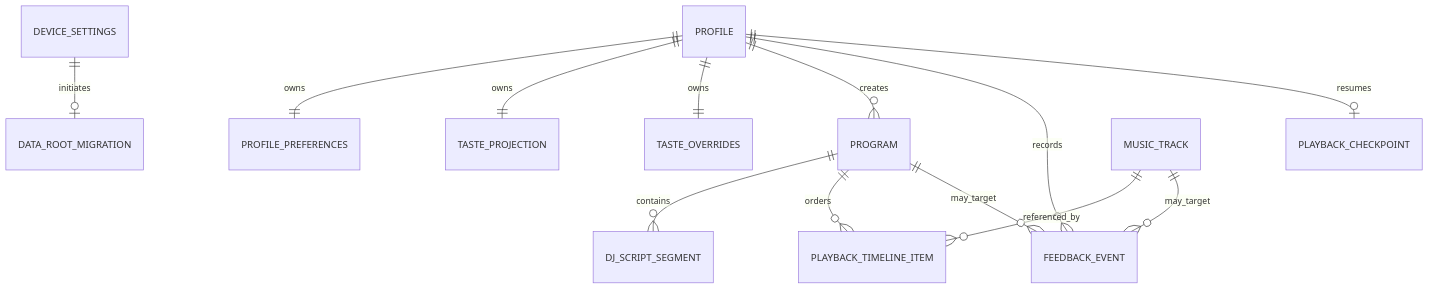
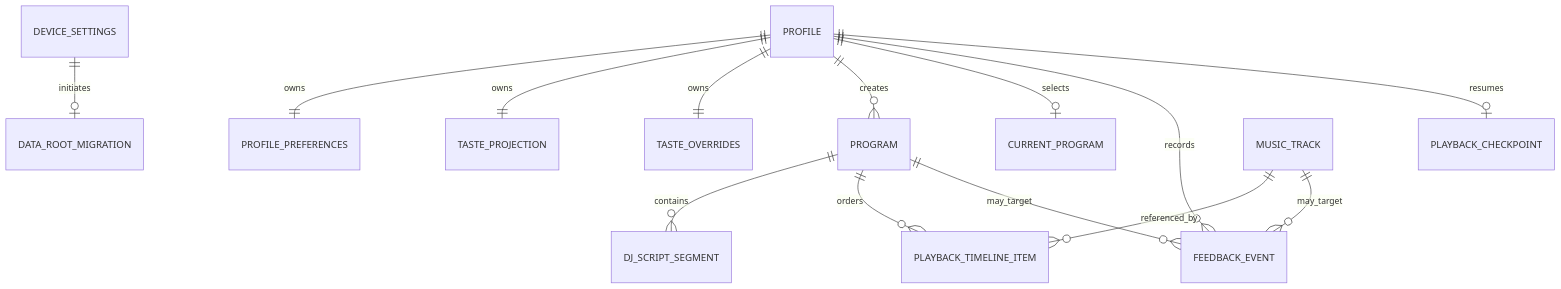
Before and after one commit to komochi007/koradio: the sixth of 8 diagrams in architecture.md, drawn with Mermaid. The commit also changed other lines of this file and 41 other files, not shown here.

````diff
--- a/architecture.md
+++ b/architecture.md
@@ -293,15 +293,16 @@
 ```mermaid
 erDiagram
     DEVICE_SETTINGS ||--o| DATA_ROOT_MIGRATION : initiates
     PROFILE ||--|| PROFILE_PREFERENCES : owns
     PROFILE ||--|| TASTE_PROJECTION : owns
     PROFILE ||--|| TASTE_OVERRIDES : owns
     PROFILE ||--o{ PROGRAM : creates
+    PROFILE ||--o| CURRENT_PROGRAM : selects
     PROFILE ||--o{ FEEDBACK_EVENT : records
     PROFILE ||--o| PLAYBACK_CHECKPOINT : resumes
     PROGRAM ||--o{ DJ_SCRIPT_SEGMENT : contains
     PROGRAM ||--o{ PLAYBACK_TIMELINE_ITEM : orders
     MUSIC_TRACK ||--o{ PLAYBACK_TIMELINE_ITEM : referenced_by
     MUSIC_TRACK ||--o{ FEEDBACK_EVENT : may_target
     PROGRAM ||--o{ FEEDBACK_EVENT : may_target
 ```
````
